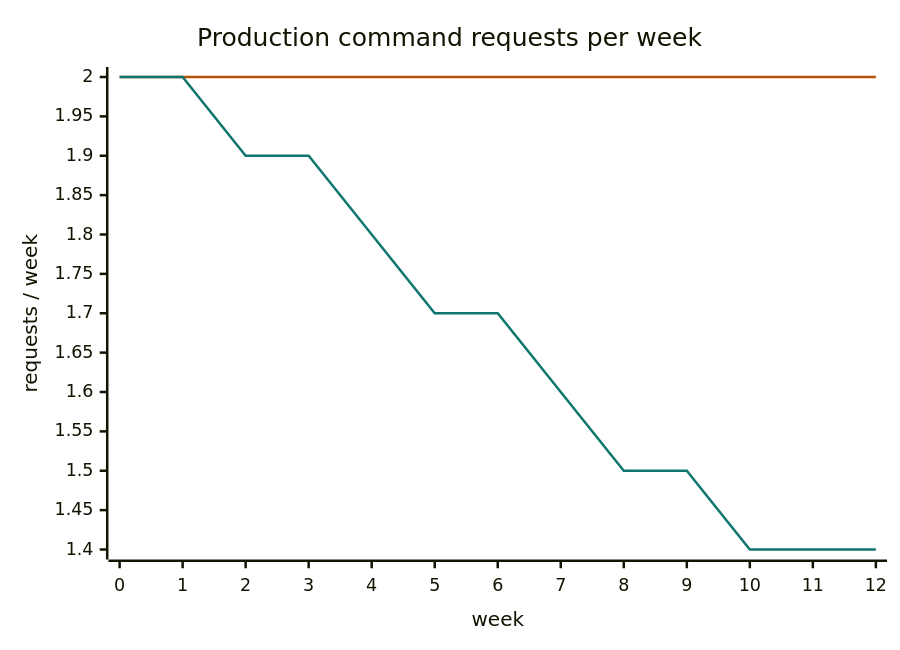
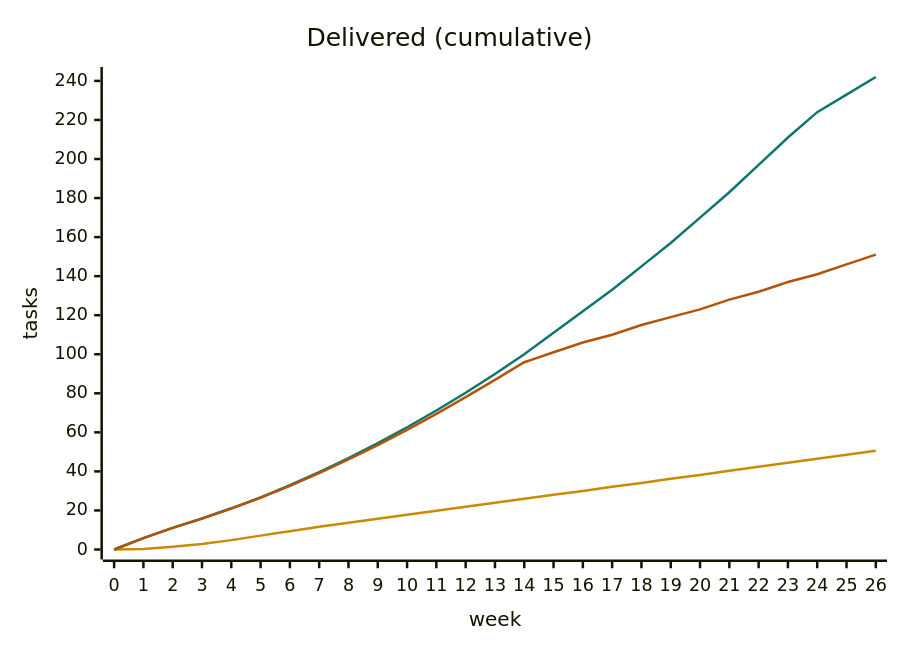
One commit to danroblewis/orchestra changed the tenth of 38 diagrams in docs/user-story-diagrams.md. Above: the diagram before and after it, drawn with Mermaid. The commit also changed other lines of this file and 30 other files, not shown here.

````diff
--- a/docs/user-story-diagrams.md
+++ b/docs/user-story-diagrams.md
@@ -251,14 +240,15 @@
 ```mermaid
 ---
 config:
   themeVariables:
     xyChart:
-      plotColorPalette: "#b45309, #0f766e"
+      plotColorPalette: "#ca8a04, #0f766e, #b45309"
 ---
 xychart-beta
-  title "Production command requests per week"
-  x-axis "week" [0, 1, 2, 3, 4, 5, 6, 7, 8, 9, 10, 11, 12]
-  y-axis "requests / week"
-  line [2.0, 2.0, 2.0, 2.0, 2.0, 2.0, 2.0, 2.0, 2.0, 2.0, 2.0, 2.0, 2.0]
-  line [2.0, 2.0, 1.9, 1.9, 1.8, 1.7, 1.7, 1.6, 1.5, 1.5, 1.4, 1.4, 1.4]
+  title "Delivered (cumulative)"
+  x-axis "week" [0, 1, 2, 3, 4, 5, 6, 7, 8, 9, 10, 11, 12, 13, 14, 15, 16, 17, 18, 19, 20, 21, 22, 23, 24, 25, 26]
+  y-axis "tasks"
+  line [0.0, 0.3, 1.4, 2.8, 4.8, 7.1, 9.4, 11.6, 13.7, 15.8, 17.8, 19.9, 21.9, 23.9, 26.0, 28.0, 30.0, 32.1, 34.1, 36.2, 38.2, 40.3, 42.4, 44.4, 46.5, 48.5, 50.6]
+  line [0.0, 5.8, 11.1, 15.9, 21.1, 26.7, 32.9, 39.6, 46.8, 54.5, 62.6, 71.2, 80.3, 89.9, 100.0, 111, 122, 133, 145, 157, 170, 183, 197, 211, 224, 233, 242]
+  line [0.0, 5.8, 11.1, 15.8, 20.9, 26.5, 32.6, 39.1, 46.1, 53.5, 61.3, 69.5, 78.0, 86.9, 95.9, 101, 106, 110, 115, 119, 123, 128, 132, 137, 141, 146, 151]
 ```
````
